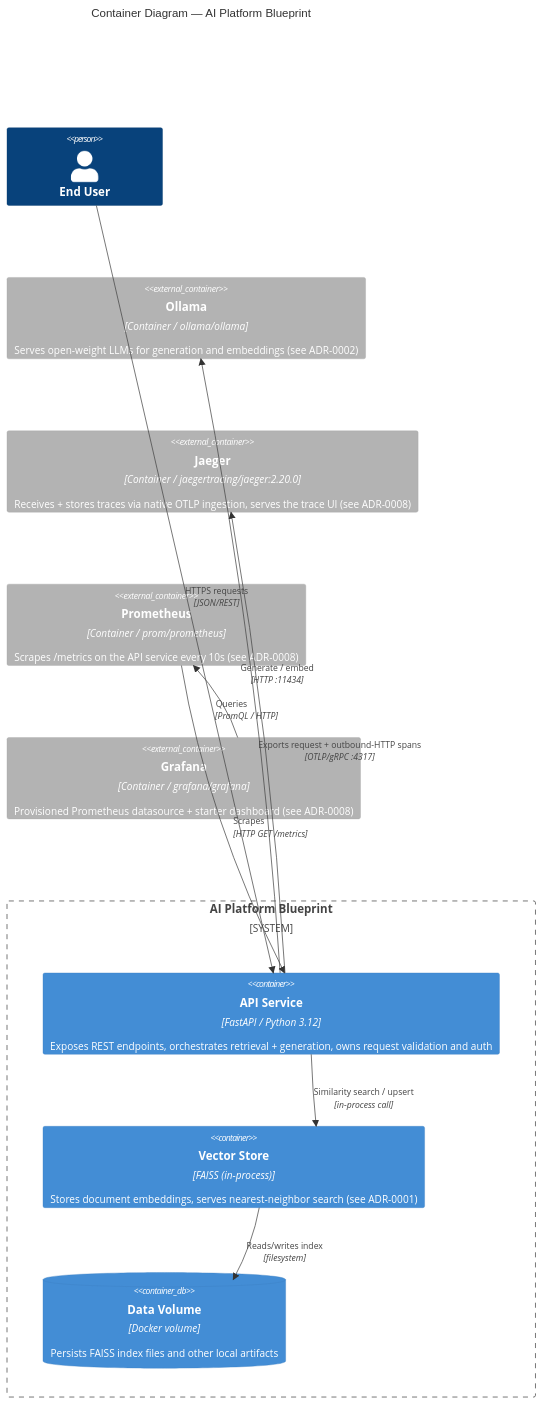
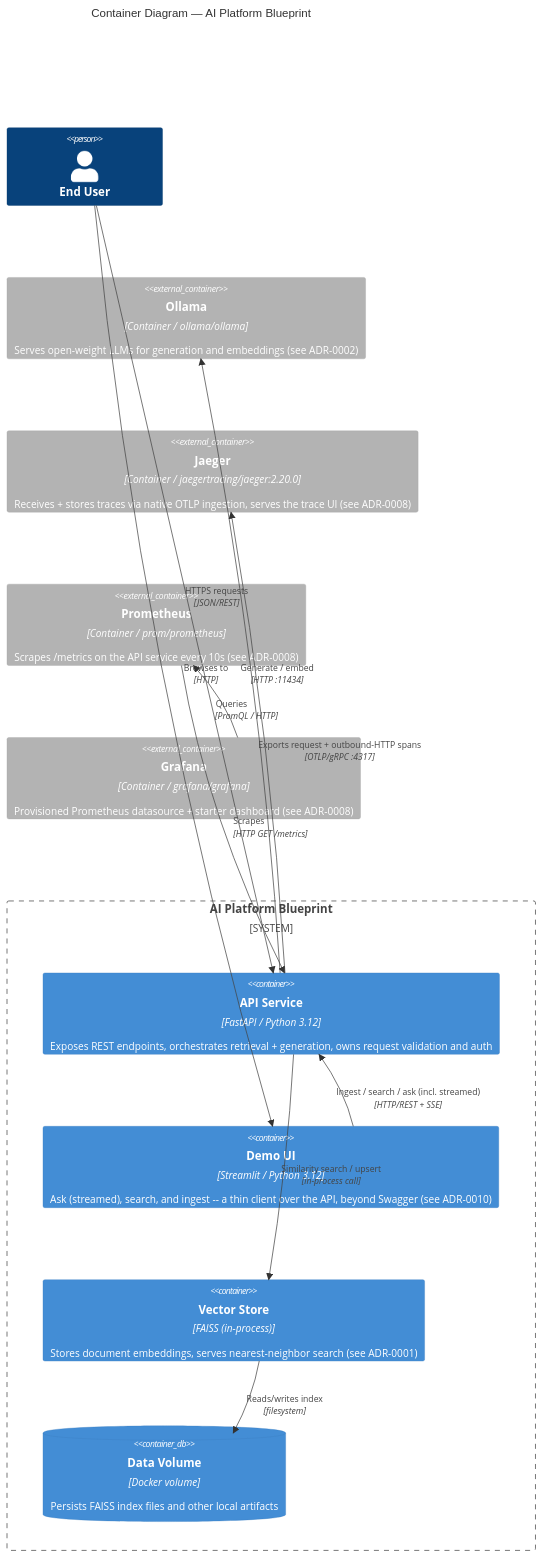
The second of 3 diagrams in docs/architecture/c4-model.md (rafael-ceotto/ai-platform-blueprint), drawn with Mermaid before and after one commit. The commit also changed other lines of this file and 10 other files, not shown here.

First line of the commit message:
feat: Sprint 9 Streamlit demo UI, plus ADR-0009 on message brokers

````diff
--- a/docs/architecture/c4-model.md
+++ b/docs/architecture/c4-model.md
@@ -37,25 +37,28 @@
 ```mermaid
 C4Container
     title Container Diagram — AI Platform Blueprint
 
     Person(user, "End User")
 
     System_Boundary(platform, "AI Platform Blueprint") {
         Container(api, "API Service", "FastAPI / Python 3.12", "Exposes REST endpoints, orchestrates retrieval + generation, owns request validation and auth")
+        Container(ui, "Demo UI", "Streamlit / Python 3.12", "Ask (streamed), search, and ingest -- a thin client over the API, beyond Swagger (see ADR-0010)")
         Container(vectorstore, "Vector Store", "FAISS (in-process)", "Stores document embeddings, serves nearest-neighbor search (see ADR-0001)")
         ContainerDb(datavol, "Data Volume", "Docker volume", "Persists FAISS index files and other local artifacts")
     }
 
     Container_Ext(ollama, "Ollama", "Container / ollama/ollama", "Serves open-weight LLMs for generation and embeddings (see ADR-0002)")
     Container_Ext(jaeger, "Jaeger", "Container / jaegertracing/jaeger:2.20.0", "Receives + stores traces via native OTLP ingestion, serves the trace UI (see ADR-0008)")
     Container_Ext(prometheus, "Prometheus", "Container / prom/prometheus", "Scrapes /metrics on the API service every 10s (see ADR-0008)")
     Container_Ext(grafana, "Grafana", "Container / grafana/grafana", "Provisioned Prometheus datasource + starter dashboard (see ADR-0008)")
 
     Rel(user, api, "HTTPS requests", "JSON/REST")
+    Rel(user, ui, "Browses to", "HTTP")
+    Rel(ui, api, "Ingest / search / ask (incl. streamed)", "HTTP/REST + SSE")
     Rel(api, vectorstore, "Similarity search / upsert", "in-process call")
     Rel(vectorstore, datavol, "Reads/writes index", "filesystem")
     Rel(api, ollama, "Generate / embed", "HTTP :11434")
     Rel(api, jaeger, "Exports request + outbound-HTTP spans", "OTLP/gRPC :4317")
     Rel(prometheus, api, "Scrapes", "HTTP GET /metrics")
     Rel(grafana, prometheus, "Queries", "PromQL / HTTP")
 ```
````
